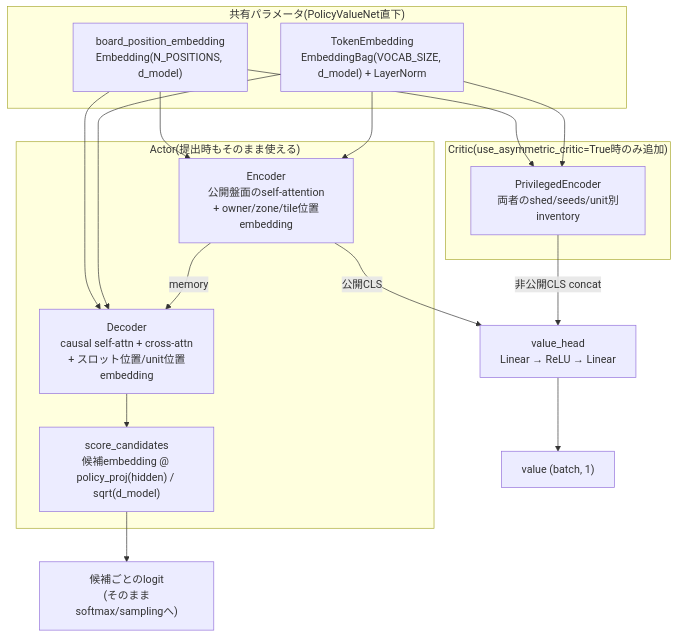
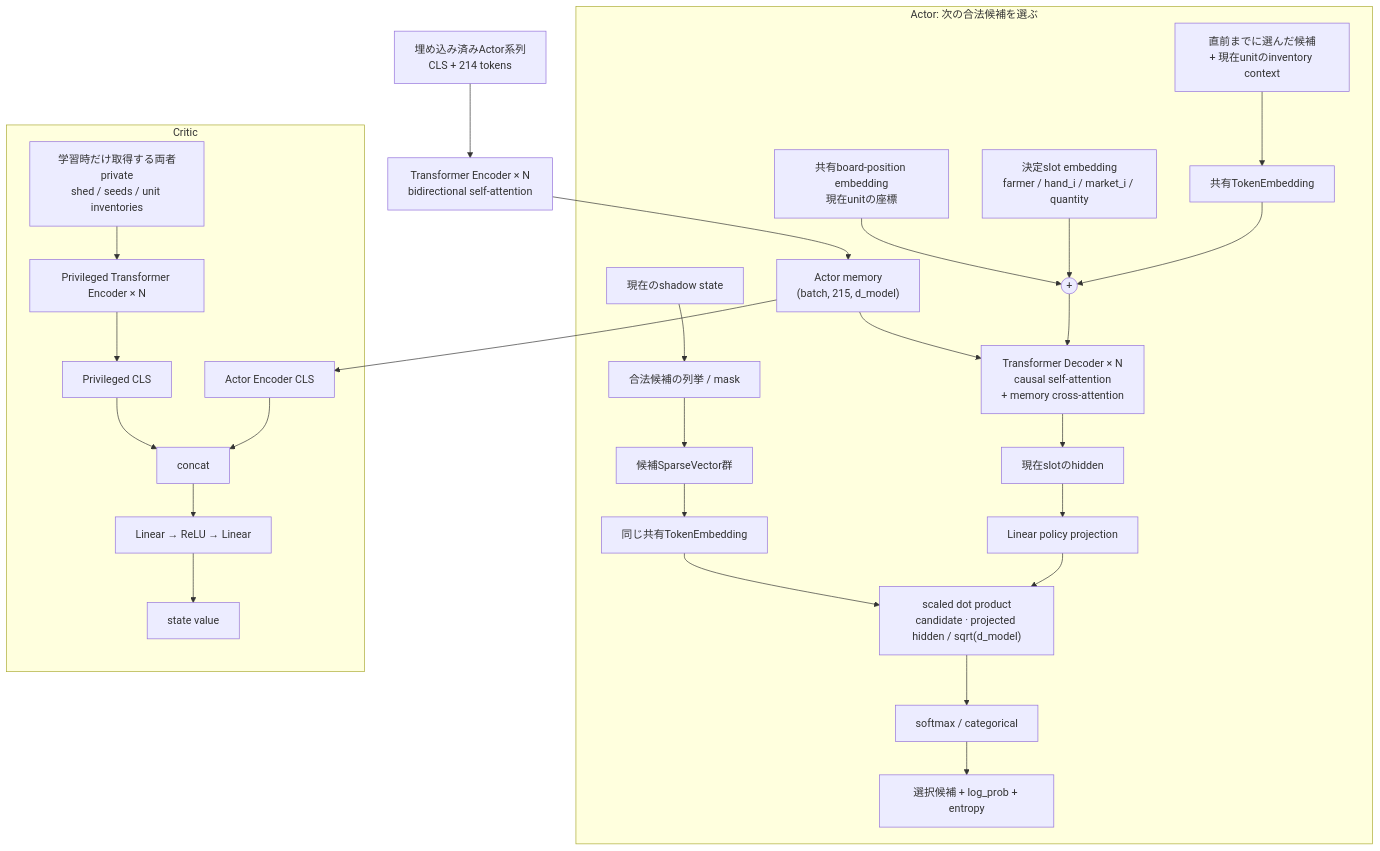
Before and after one commit to atsushi11o7/kaggriculture: the third of 4 diagrams in src/kaggriculture/policy/README.md, drawn with Mermaid. The commit also changed other lines of this file, not shown here.

Commit message:
Document torch/jax backend split in policy README

````diff
--- a/src/kaggriculture/policy/README.md
+++ b/src/kaggriculture/policy/README.md
@@ -72,35 +87,45 @@
 ```mermaid
 flowchart TB
-    subgraph SHARED["共有パラメータ(PolicyValueNet直下)"]
-        TE["TokenEmbedding\nEmbeddingBag(VOCAB_SIZE, d_model) + LayerNorm"]
-        BPE["board_position_embedding\nEmbedding(N_POSITIONS, d_model)"]
+    EIN["埋め込み済みActor系列<br/>CLS + 214 tokens"]
+    ENC["Transformer Encoder × N<br/>bidirectional self-attention"]
+    MEM["Actor memory<br/>(batch, 215, d_model)"]
+    EIN --> ENC --> MEM
+
+    subgraph POLICY["Actor: 次の合法候補を選ぶ"]
+        PREV["直前までに選んだ候補<br/>+ 現在unitのinventory context"]
+        SLOT["決定slot embedding<br/>farmer / hand_i / market_i / quantity"]
+        UPOS["共有board-position embedding<br/>現在unitの座標"]
+        DADD((+))
+        DEC["Transformer Decoder × N<br/>causal self-attention<br/>+ memory cross-attention"]
+        H["現在slotのhidden"]
+        PROJ["Linear policy projection"]
+
+        PREV --> DE["共有TokenEmbedding"] --> DADD
+        SLOT --> DADD
+        UPOS --> DADD
+        DADD --> DEC --> H --> PROJ
+        MEM --> DEC
+
+        STATE["現在のshadow state"] --> LEGAL["合法候補の列挙 / mask"]
+        LEGAL --> CAND["候補SparseVector群"]
+        CAND --> CE["同じ共有TokenEmbedding"]
+        PROJ --> DOT["scaled dot product<br/>candidate · projected hidden / sqrt(d_model)"]
+        CE --> DOT
+        DOT --> SOFT["softmax / categorical"]
+        SOFT --> CHOICE["選択候補 + log_prob + entropy"]
     end
 
-    subgraph ACTOR["Actor(提出時もそのまま使える)"]
-        ENC["Encoder\n公開盤面のself-attention\n+ owner/zone/tile位置embedding"]
-        DEC["Decoder\ncausal self-attn + cross-attn\n+ スロット位置/unit位置embedding"]
-        SCAND["score_candidates\n候補embedding @ policy_proj(hidden) / sqrt(d_model)"]
-        ENC -->|"memory"| DEC
-        DEC --> SCAND
+    subgraph VALUE["Critic"]
+        ACLS["Actor Encoder CLS"]
+        PRIV["学習時だけ取得する両者private<br/>shed / seeds / unit inventories"]
+        PENC["Privileged Transformer Encoder × N"]
+        PCLS["Privileged CLS"]
+        CAT["concat"]
+        VHEAD["Linear → ReLU → Linear"]
+        V["state value"]
+
+        MEM --> ACLS --> CAT
+        PRIV --> PENC --> PCLS --> CAT
+        CAT --> VHEAD --> V
     end
-
-    subgraph CRITIC["Critic(use_asymmetric_critic=True時のみ追加)"]
-        PENC["PrivilegedEncoder\n両者のshed/seeds/unit別inventory"]
-    end
-
-    VH["value_head\nLinear → ReLU → Linear"]
-
-    TE --> ENC
-    TE --> DEC
-    TE --> PENC
-    BPE --> ENC
-    BPE --> DEC
-    BPE --> PENC
-
-    ENC -->|"公開CLS"| VH
-    PENC -->|"非公開CLS concat"| VH
-
-    ACTIONOUT["候補ごとのlogit\n(そのままsoftmax/samplingへ)"]
-    SCAND --> ACTIONOUT
-    VH --> VALUEOUT["value (batch, 1)"]
 ```
````
